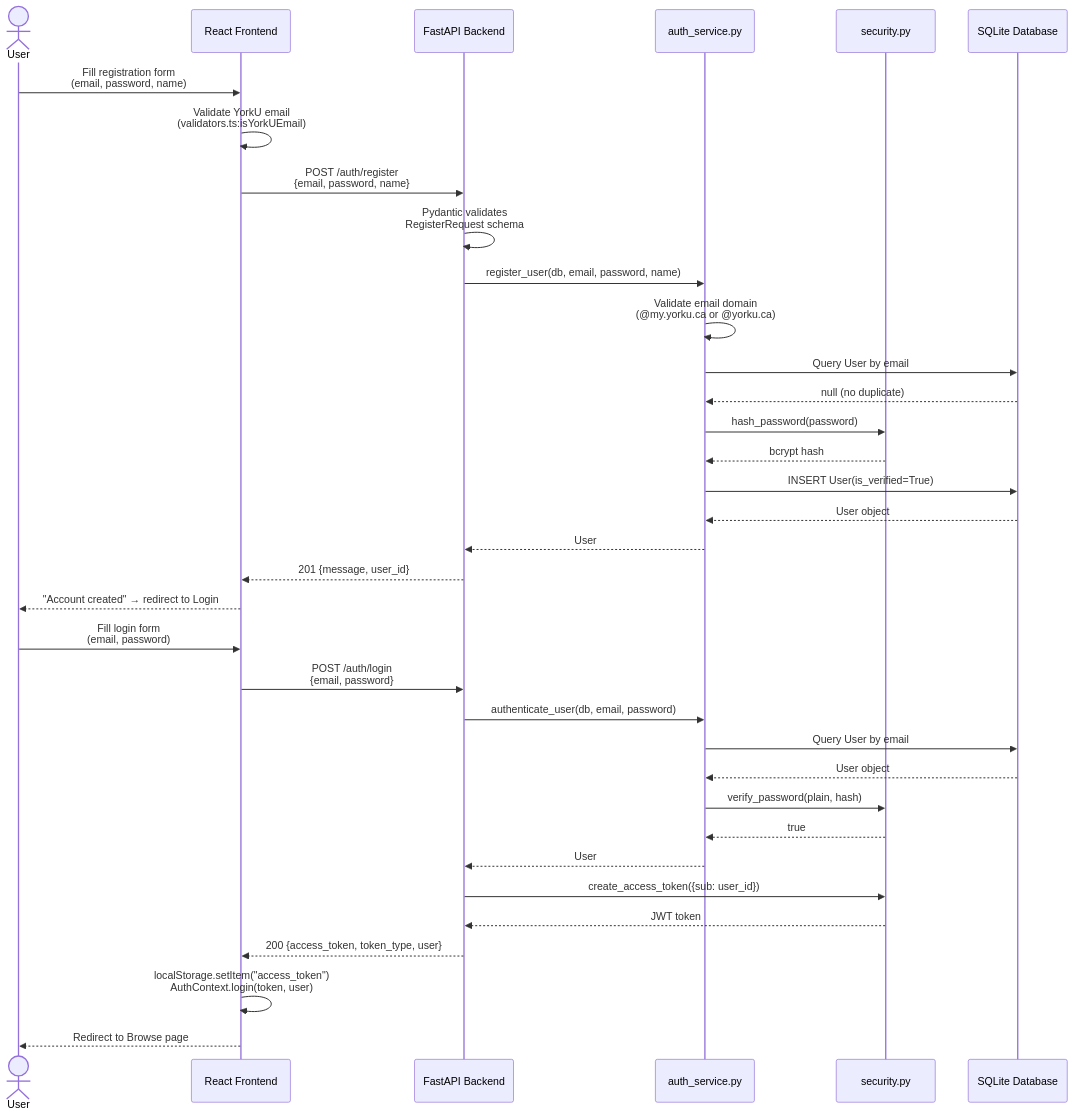
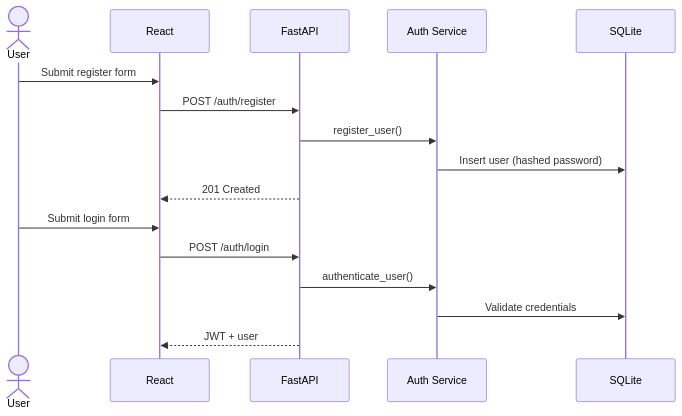
Before and after one commit to mai2161/YUTrade: the second of 5 diagrams in final_report.md, drawn with Mermaid. The commit also changed other lines of this file, not shown here.

````diff
--- a/final_report.md
+++ b/final_report.md
@@ -187,39 +86,20 @@
 ```mermaid
 sequenceDiagram
     actor User
-    participant Frontend as React Frontend
-    participant API as FastAPI Backend
-    participant AuthService as auth_service.py
-    participant Security as security.py
-    participant DB as SQLite Database
+    participant FE as React
+    participant API as FastAPI
+    participant Auth as Auth Service
+    participant DB as SQLite
 
-    User->>Frontend: Fill registration form<br/>(email, password, name)
-    Frontend->>Frontend: Validate YorkU email<br/>(validators.ts:isYorkUEmail)
-    Frontend->>API: POST /auth/register<br/>{email, password, name}
-    API->>API: Pydantic validates<br/>RegisterRequest schema
-    API->>AuthService: register_user(db, email, password, name)
-    AuthService->>AuthService: Validate email domain<br/>(@my.yorku.ca or @yorku.ca)
-    AuthService->>DB: Query User by email
-    DB-->>AuthService: null (no duplicate)
-    AuthService->>Security: hash_password(password)
-    Security-->>AuthService: bcrypt hash
-    AuthService->>DB: INSERT User(is_verified=True)
-    DB-->>AuthService: User object
-    AuthService-->>API: User
-    API-->>Frontend: 201 {message, user_id}
-    Frontend-->>User: "Account created" → redirect to Login
+    User->>FE: Submit register form
+    FE->>API: POST /auth/register
+    API->>Auth: register_user()
+    Auth->>DB: Insert user (hashed password)
+    API-->>FE: 201 Created
 
-    User->>Frontend: Fill login form<br/>(email, password)
-    Frontend->>API: POST /auth/login<br/>{email, password}
-    API->>AuthService: authenticate_user(db, email, password)
-    AuthService->>DB: Query User by email
-    DB-->>AuthService: User object
-    AuthService->>Security: verify_password(plain, hash)
-    Security-->>AuthService: true
-    AuthService-->>API: User
-    API->>Security: create_access_token({sub: user_id})
-    Security-->>API: JWT token
-    API-->>Frontend: 200 {access_token, token_type, user}
-    Frontend->>Frontend: localStorage.setItem("access_token")<br/>AuthContext.login(token, user)
-    Frontend-->>User: Redirect to Browse page
+    User->>FE: Submit login form
+    FE->>API: POST /auth/login
+    API->>Auth: authenticate_user()
+    Auth->>DB: Validate credentials
+    API-->>FE: JWT + user
 ```
````
